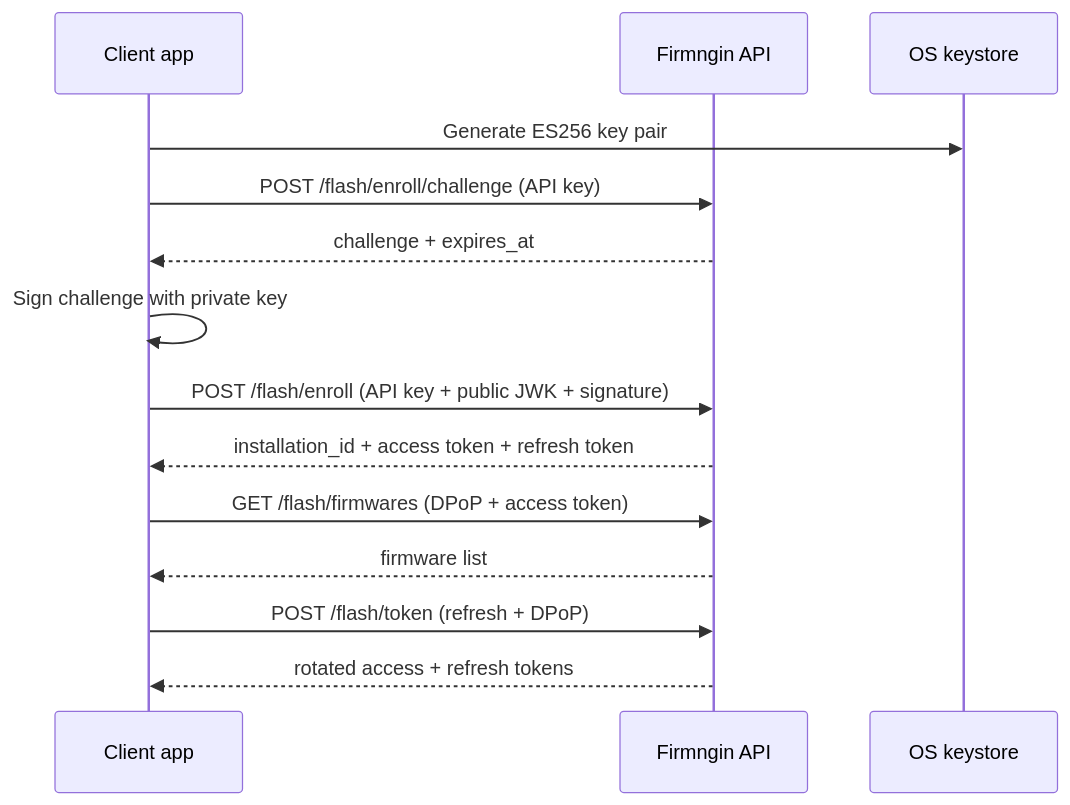
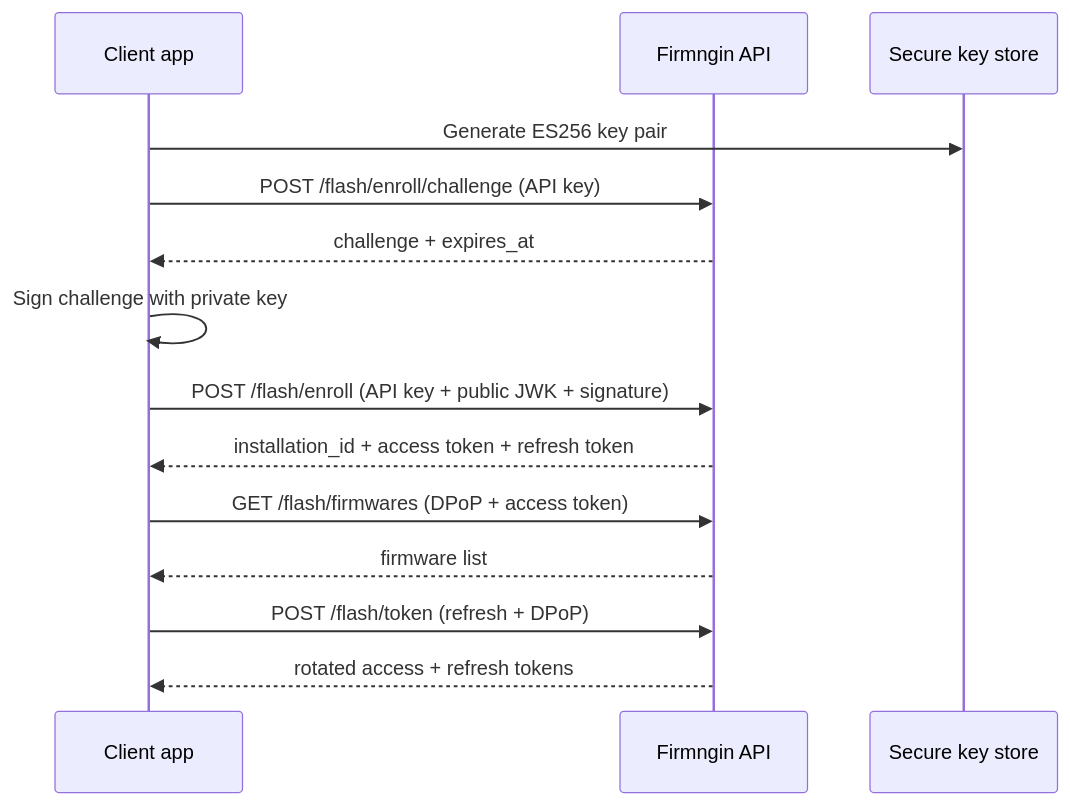
The diagram in local-flash/enrollment.mdx (firmngin/docs), drawn with Mermaid before and after one commit. The commit also changed other lines of this file and 3 other files, not shown here.

Commit message:
docs(local-flash): generalize secure key storage guidance

````diff
--- a/local-flash/enrollment.mdx
+++ b/local-flash/enrollment.mdx
@@ -23,17 +23,17 @@
 ```mermaid actions={false}
 sequenceDiagram
   participant App as Client app
   participant API as Firmngin API
-  participant KS as OS keystore
+  participant KS as Secure key store
 
   App->>KS: Generate ES256 key pair
   App->>API: POST /flash/enroll/challenge (API key)
   API-->>App: challenge + expires_at
   App->>App: Sign challenge with private key
   App->>API: POST /flash/enroll (API key + public JWK + signature)
   API-->>App: installation_id + access token + refresh token
   App->>API: GET /flash/firmwares (DPoP + access token)
   API-->>App: firmware list
   App->>API: POST /flash/token (refresh + DPoP)
   API-->>App: rotated access + refresh tokens
 ```
````
